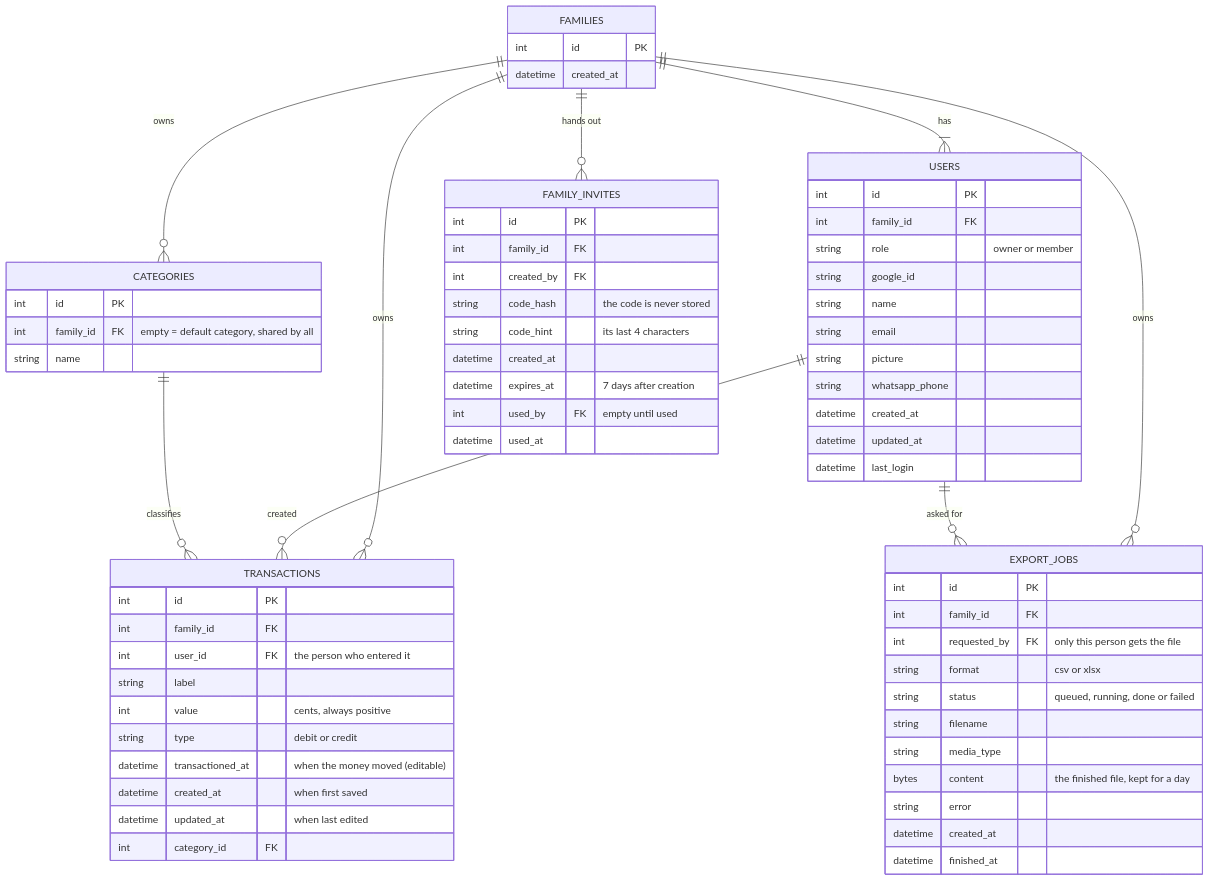
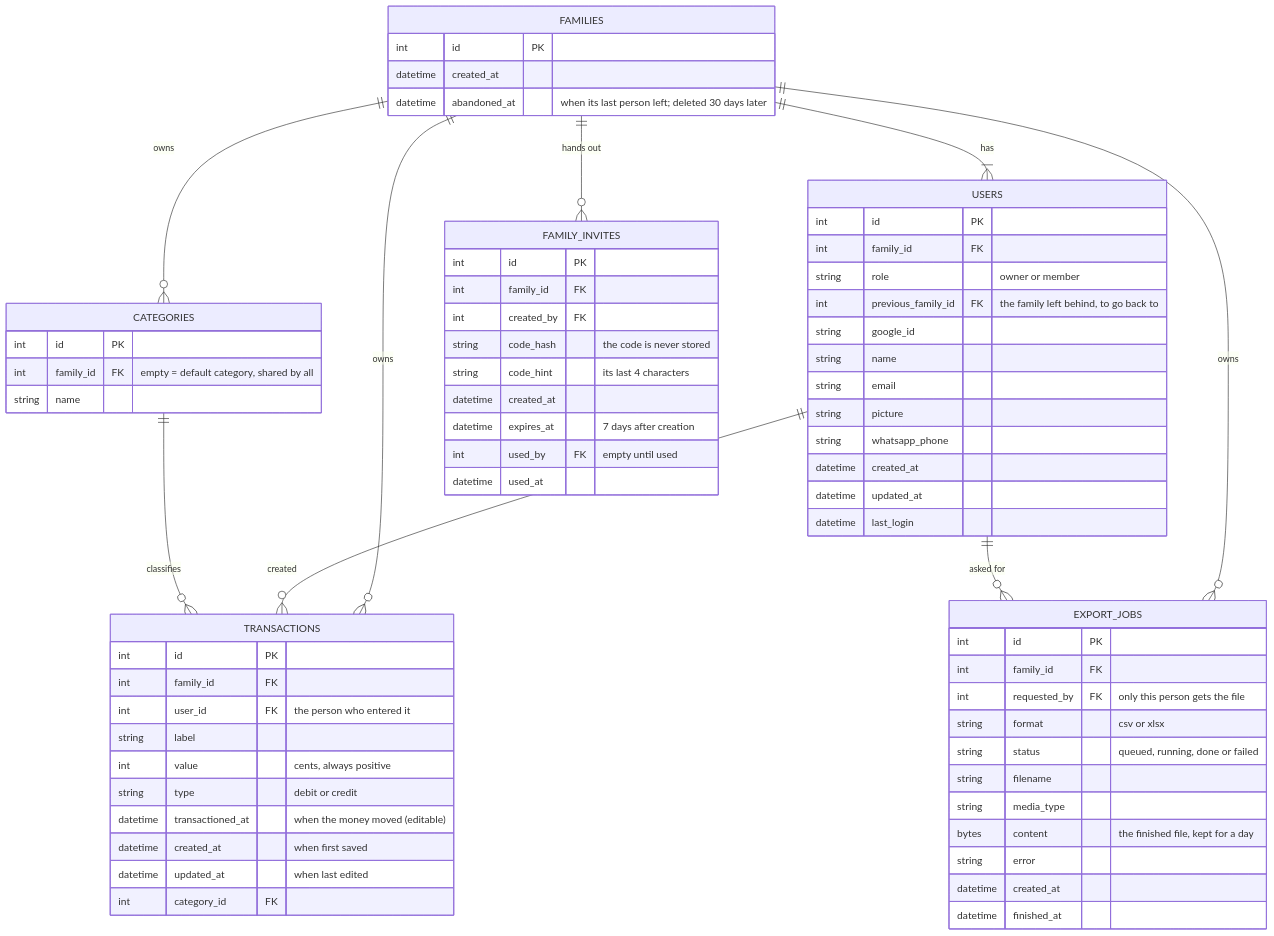
Before and after one commit to lucabattesini/money-budget: the second of 4 diagrams in docs/SYSTEM_DESIGN.md, drawn with Mermaid. The commit also changed other lines of this file, not shown here.

Commit message:
MB-0016 docs: describe keeping abandoned families for 30 days and going back

````diff
--- a/docs/SYSTEM_DESIGN.md
+++ b/docs/SYSTEM_DESIGN.md
@@ -195,72 +195,74 @@
 ```mermaid
 erDiagram
     FAMILIES {
         int id PK
         datetime created_at
+        datetime abandoned_at "when its last person left; deleted 30 days later"
     }
     USERS {
         int id PK
         int family_id FK
         string role "owner or member"
+        int previous_family_id FK "the family left behind, to go back to"
         string google_id
         string name
         string email
         string picture
         string whatsapp_phone
         datetime created_at
         datetime updated_at
         datetime last_login
     }
     CATEGORIES {
         int id PK
         int family_id FK "empty = default category, shared by all"
         string name
     }
     TRANSACTIONS {
         int id PK
         int family_id FK
         int user_id FK "the person who entered it"
         string label
         int value "cents, always positive"
         string type "debit or credit"
         datetime transactioned_at "when the money moved (editable)"
         datetime created_at "when first saved"
         datetime updated_at "when last edited"
         int category_id FK
     }
 
     FAMILY_INVITES {
         int id PK
         int family_id FK
         int created_by FK
         string code_hash "the code is never stored"
         string code_hint "its last 4 characters"
         datetime created_at
         datetime expires_at "7 days after creation"
         int used_by FK "empty until used"
         datetime used_at
     }
 
     EXPORT_JOBS {
         int id PK
         int family_id FK
         int requested_by FK "only this person gets the file"
         string format "csv or xlsx"
         string status "queued, running, done or failed"
         string filename
         string media_type
         bytes content "the finished file, kept for a day"
         string error
         datetime created_at
         datetime finished_at
     }
 
     FAMILIES ||--|{ USERS : "has"
     FAMILIES ||--o{ TRANSACTIONS : "owns"
     FAMILIES ||--o{ CATEGORIES : "owns"
     FAMILIES ||--o{ EXPORT_JOBS : "owns"
     FAMILIES ||--o{ FAMILY_INVITES : "hands out"
     USERS ||--o{ TRANSACTIONS : "created"
     USERS ||--o{ EXPORT_JOBS : "asked for"
     CATEGORIES ||--o{ TRANSACTIONS : "classifies"
 ```
````
